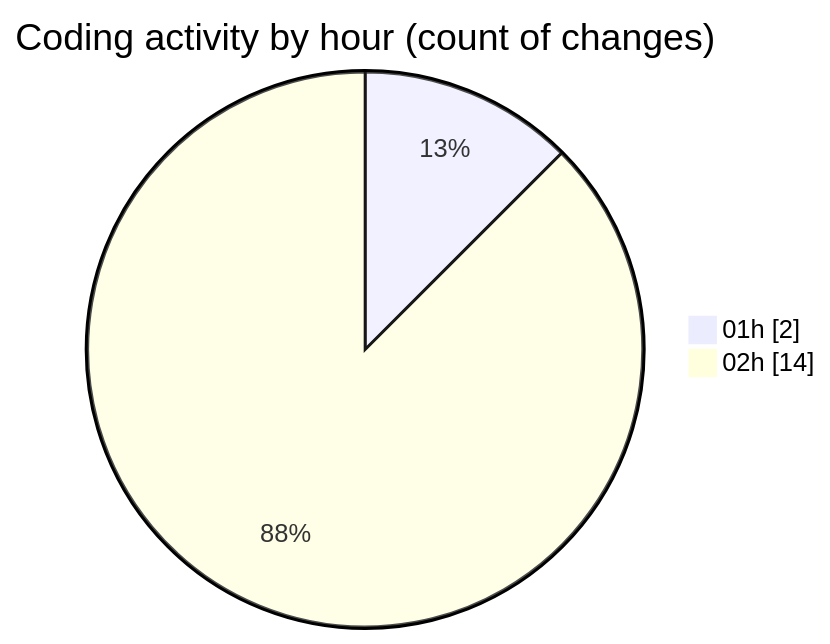
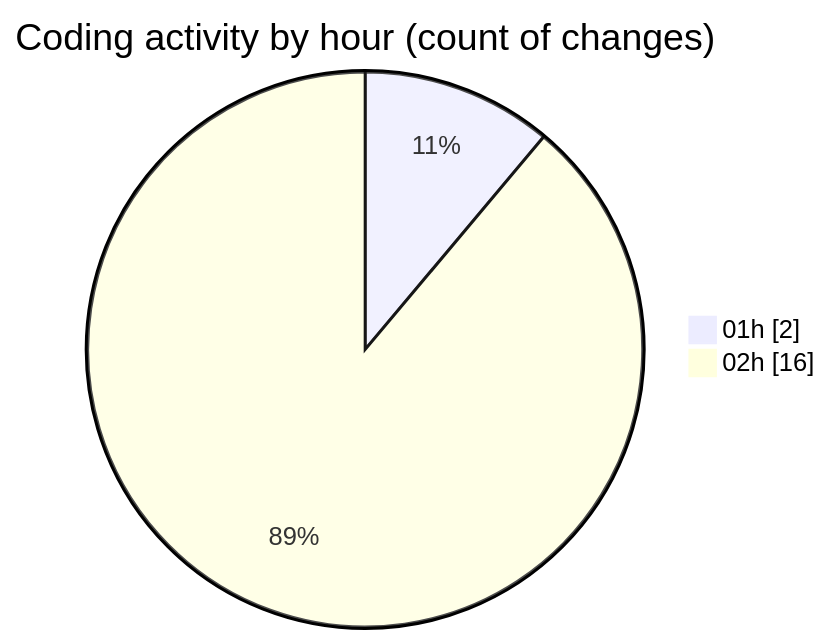
Before and after one commit to mevix1/code-tracking: the second of 2 diagrams in 2025-10-01/open-health/README.md, drawn with Mermaid. The commit also changed other lines of this file and 1 other file, not shown here.

````diff
--- a/2025-10-01/open-health/README.md
+++ b/2025-10-01/open-health/README.md
@@ -41,6 +41,6 @@
 ```mermaid
 pie showData
 title Coding activity by hour (count of changes)
 "01h" : 2
-"02h" : 14
+"02h" : 16
 ```
````
